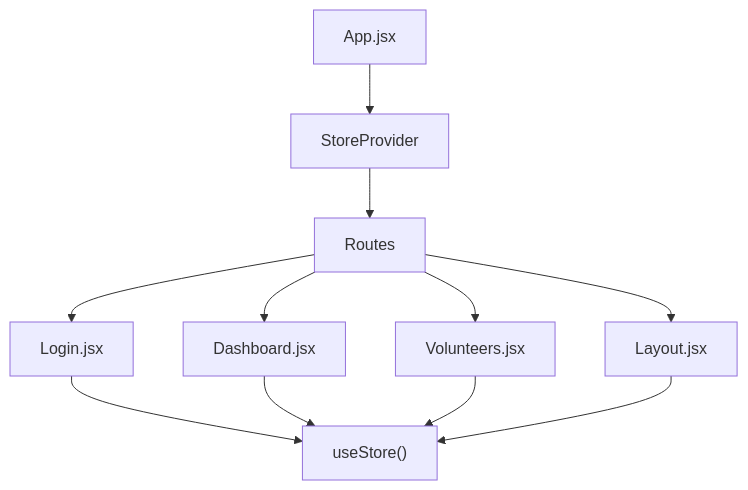
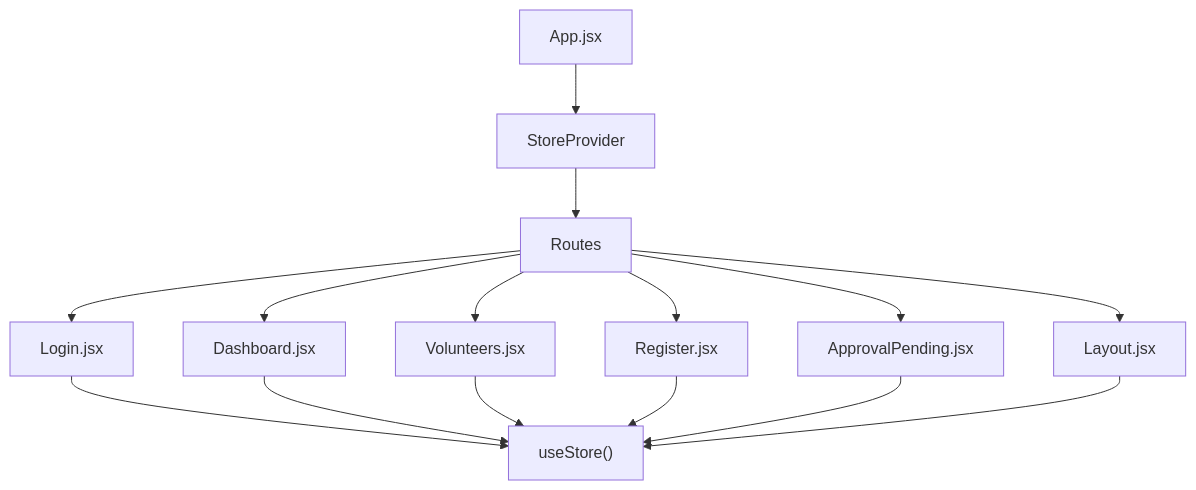
One commit to netdaniel/serveflow changed the eighth of 12 diagrams in .qoder/repowiki/en/content/State Management System/Store Provider Architecture.md. Above: the diagram before and after it, drawn with Mermaid. The commit also changed other lines of this file and 12 other files, not shown here.

````diff
--- a/.qoder/repowiki/en/content/State Management System/Store Provider Architecture.md
+++ b/.qoder/repowiki/en/content/State Management System/Store Provider Architecture.md
@@ -317,13 +392,17 @@
 ```mermaid
 graph TB
 APP["App.jsx"] --> PROVIDER["StoreProvider"]
 PROVIDER --> ROUTES["Routes"]
 ROUTES --> PAGE_LOGIN["Login.jsx"]
 ROUTES --> PAGE_DASHBOARD["Dashboard.jsx"]
 ROUTES --> PAGE_VOLUNTEERS["Volunteers.jsx"]
+ROUTES --> PAGE_REGISTER["Register.jsx"]
+ROUTES --> PAGE_APPROVAL["ApprovalPending.jsx"]
 ROUTES --> COMPONENT_LAYOUT["Layout.jsx"]
 PAGE_LOGIN --> USESTORE["useStore()"]
 PAGE_DASHBOARD --> USESTORE
 PAGE_VOLUNTEERS --> USESTORE
+PAGE_REGISTER --> USESTORE
+PAGE_APPROVAL --> USESTORE
 COMPONENT_LAYOUT --> USESTORE
 ```
````
